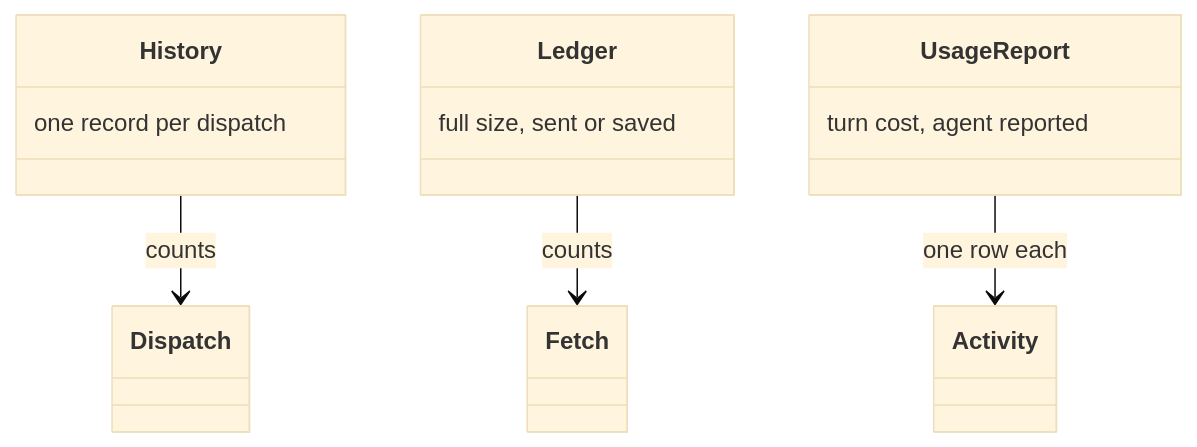
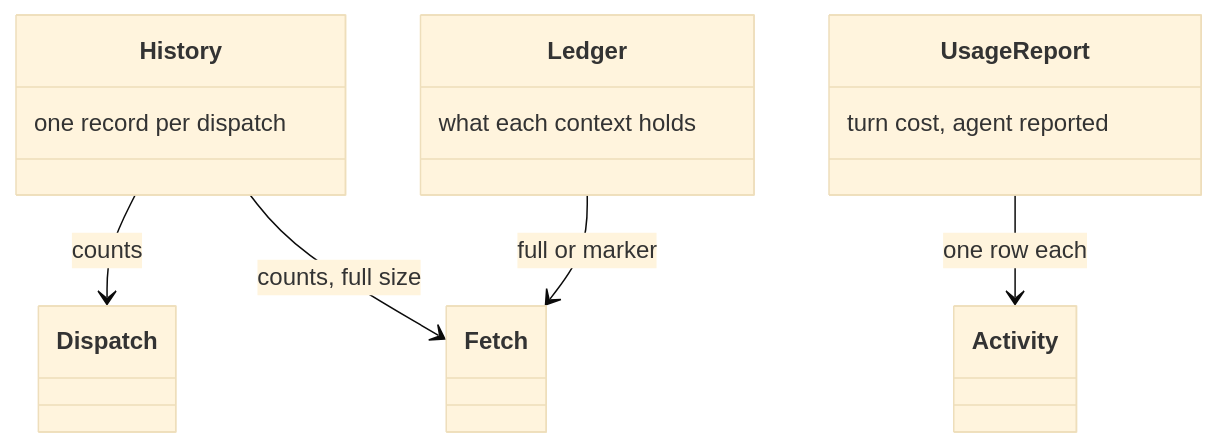
One commit to m2ux/workflow-server changed diagram 26 of 26 in docs/delivery.md. Above: the diagram before and after it, drawn with Mermaid (base theme). The commit also changed other lines of this file and 16 other files, not shown here.

````diff
--- a/docs/delivery.md
+++ b/docs/delivery.md
@@ -708,18 +710,19 @@
 ```mermaid
 classDiagram
   class History {
     one record per dispatch
   }
   class Ledger {
-    full size, sent or saved
+    what each context holds
   }
   class UsageReport {
     turn cost, agent reported
   }
   class Dispatch
   class Fetch
   class Activity
   History --> Dispatch : counts
-  Ledger --> Fetch : counts
+  History --> Fetch : counts, full size
+  Ledger --> Fetch : full or marker
   UsageReport --> Activity : one row each
 ```
````
